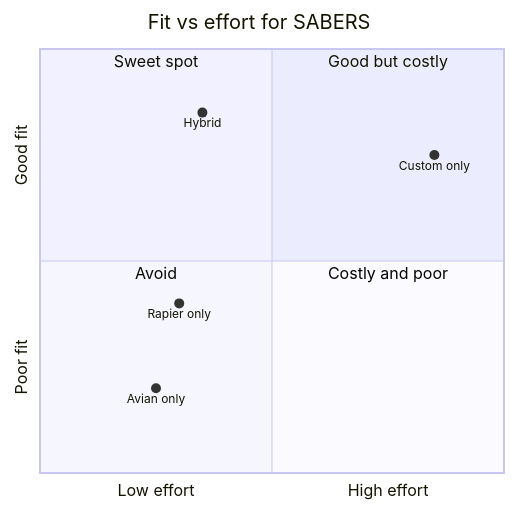
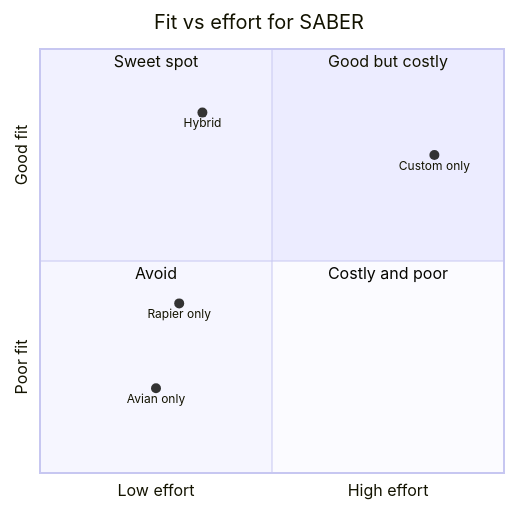
The second of 5 diagrams in docs/design/physics-engine-tradeoffs.md (Schmiedium/SABER), drawn with Mermaid before and after one commit. The commit also changed other lines of this file and 6 other files, not shown here.

First line of the commit message:
Rename sabers identifiers to saber across the design docs (D18)

````diff
--- a/docs/design/physics-engine-tradeoffs.md
+++ b/docs/design/physics-engine-tradeoffs.md
@@ -329,14 +329,14 @@
 ```mermaid
 quadrantChart
-    title Fit vs effort for SABERS
+    title Fit vs effort for SABER
     x-axis Low effort --> High effort
     y-axis Poor fit --> Good fit
     quadrant-1 Good but costly
     quadrant-2 Sweet spot
     quadrant-3 Avoid
     quadrant-4 Costly and poor
     Hybrid: [0.35, 0.85]
     Custom only: [0.85, 0.75]
     Rapier only: [0.3, 0.4]
     Avian only: [0.25, 0.2]
 ```
````
